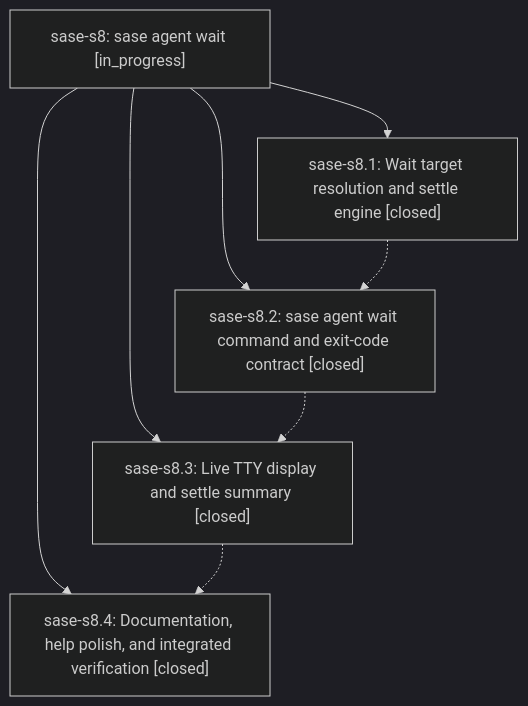
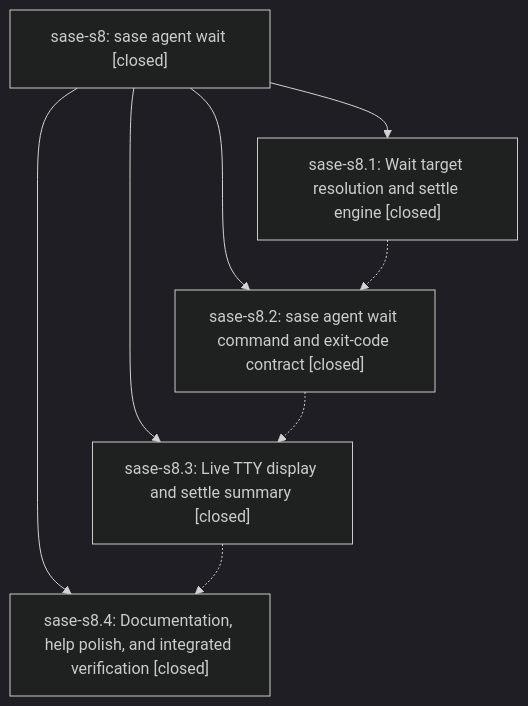
One commit to sase-org/sase--beads changed the diagram in pages/sase-s8/README.md. Above: the diagram before and after it, drawn with Mermaid (dark theme). The commit also changed other lines of this file, not shown here.

First line of the commit message:
chore(beads): sync bead state and pages for sase-s8

````diff
--- a/pages/sase-s8/README.md
+++ b/pages/sase-s8/README.md
@@ -31,15 +114,15 @@
 ```mermaid
 flowchart TD
-    n0["sase-s8: sase agent wait [in_progress]"]
+    n0["sase-s8: sase agent wait [closed]"]
     n1["sase-s8.1: Wait target resolution and settle engine [closed]"]
     n2["sase-s8.2: sase agent wait command and exit-code contract [closed]"]
     n3["sase-s8.3: Live TTY display and settle summary [closed]"]
     n4["sase-s8.4: Documentation, help polish, and integrated verification [closed]"]
     n0 --> n1
     n0 --> n2
     n0 --> n3
     n0 --> n4
     n1 -.-> n2
     n2 -.-> n3
     n3 -.-> n4
 ```
````
